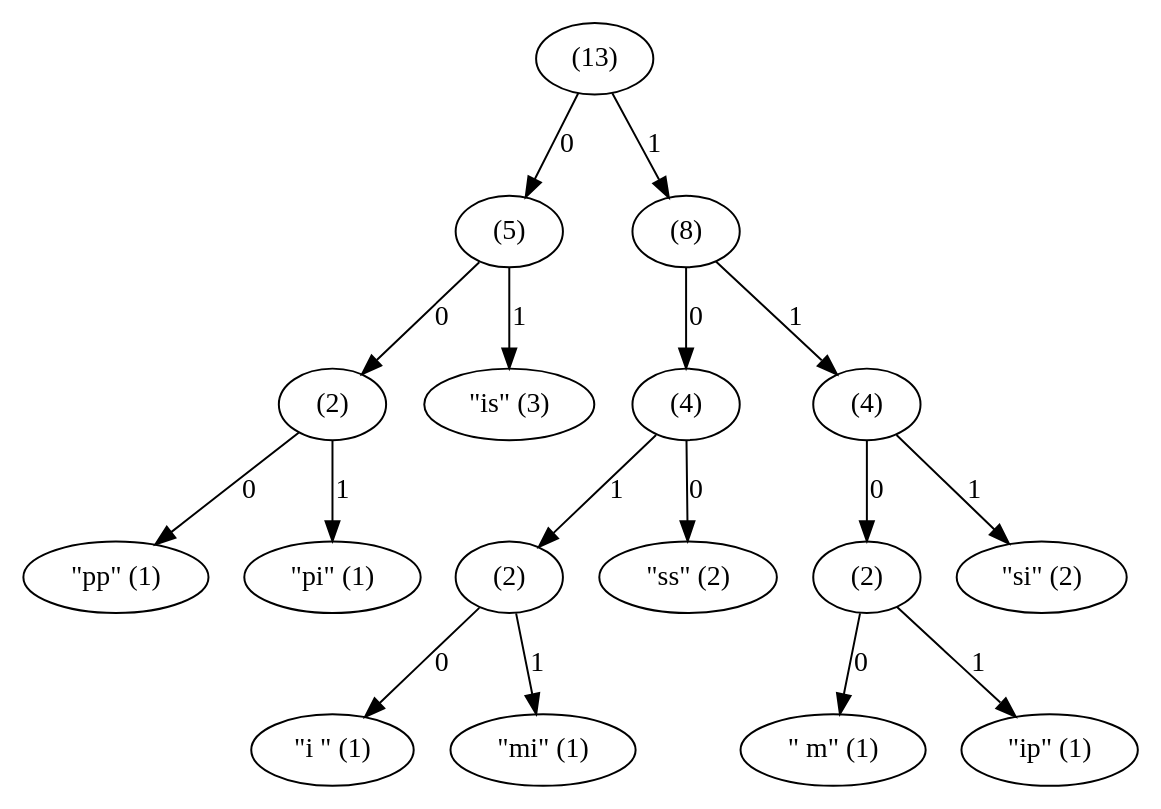
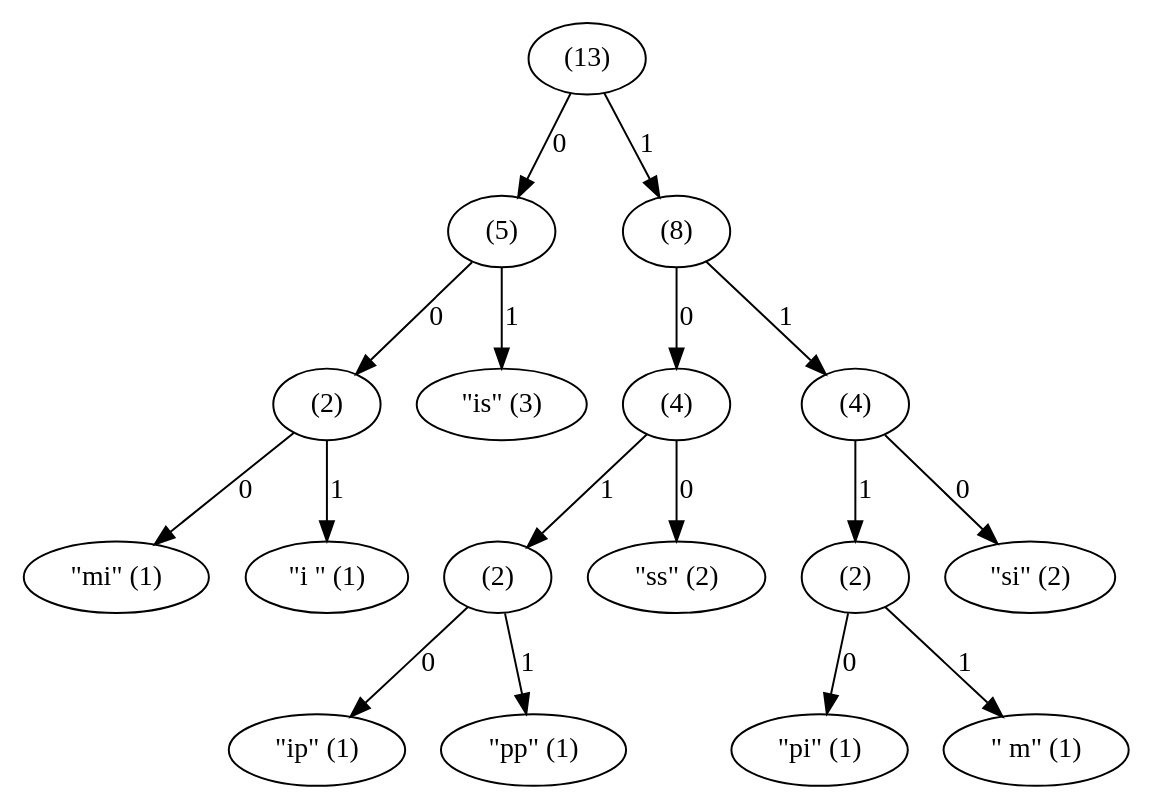
The diagram in examples/double-mississippi.dot (dgoffredo/huffer), drawn with Graphviz before and after one commit. The commit also changed 14 other files, not shown here.

```diff
--- a/examples/double-mississippi.dot
+++ b/examples/double-mississippi.dot
@@ -1,35 +1,35 @@
 digraph {
+  leaf_0x7069 [label="\"pi\" (1)"];
   leaf_0x206d [label="\" m\" (1)"];
+  internal_0 -> leaf_0x7069 [label="0"];
+  internal_0 -> leaf_0x206d [label="1"];
+  leaf_0x6d69 [label="\"mi\" (1)"];
+  leaf_0x6920 [label="\"i \" (1)"];
+  internal_1 -> leaf_0x6d69 [label="0"];
+  internal_1 -> leaf_0x6920 [label="1"];
   leaf_0x6970 [label="\"ip\" (1)"];
-  internal_0 -> leaf_0x206d [label="0"];
-  internal_0 -> leaf_0x6970 [label="1"];
   leaf_0x7070 [label="\"pp\" (1)"];
-  leaf_0x7069 [label="\"pi\" (1)"];
-  internal_1 -> leaf_0x7070 [label="0"];
-  internal_1 -> leaf_0x7069 [label="1"];
-  leaf_0x6920 [label="\"i \" (1)"];
-  leaf_0x6d69 [label="\"mi\" (1)"];
-  internal_2 -> leaf_0x6920 [label="0"];
-  internal_2 -> leaf_0x6d69 [label="1"];
+  internal_2 -> leaf_0x6970 [label="0"];
+  internal_2 -> leaf_0x7070 [label="1"];
   leaf_0x7373 [label="\"ss\" (2)"];
   internal_2 [label="(2)"];
   internal_3 -> leaf_0x7373 [label="0"];
   internal_3 -> internal_2 [label="1"];
+  leaf_0x7369 [label="\"si\" (2)"];
   internal_0 [label="(2)"];
-  leaf_0x7369 [label="\"si\" (2)"];
-  internal_4 -> internal_0 [label="0"];
-  internal_4 -> leaf_0x7369 [label="1"];
+  internal_4 -> leaf_0x7369 [label="0"];
+  internal_4 -> internal_0 [label="1"];
   internal_1 [label="(2)"];
   leaf_0x6973 [label="\"is\" (3)"];
   internal_5 -> internal_1 [label="0"];
   internal_5 -> leaf_0x6973 [label="1"];
   internal_3 [label="(4)"];
   internal_4 [label="(4)"];
   internal_6 -> internal_3 [label="0"];
   internal_6 -> internal_4 [label="1"];
   internal_5 [label="(5)"];
   internal_6 [label="(8)"];
   internal_7 -> internal_5 [label="0"];
   internal_7 -> internal_6 [label="1"];
   internal_7 [label="(13)"];
 }
```
